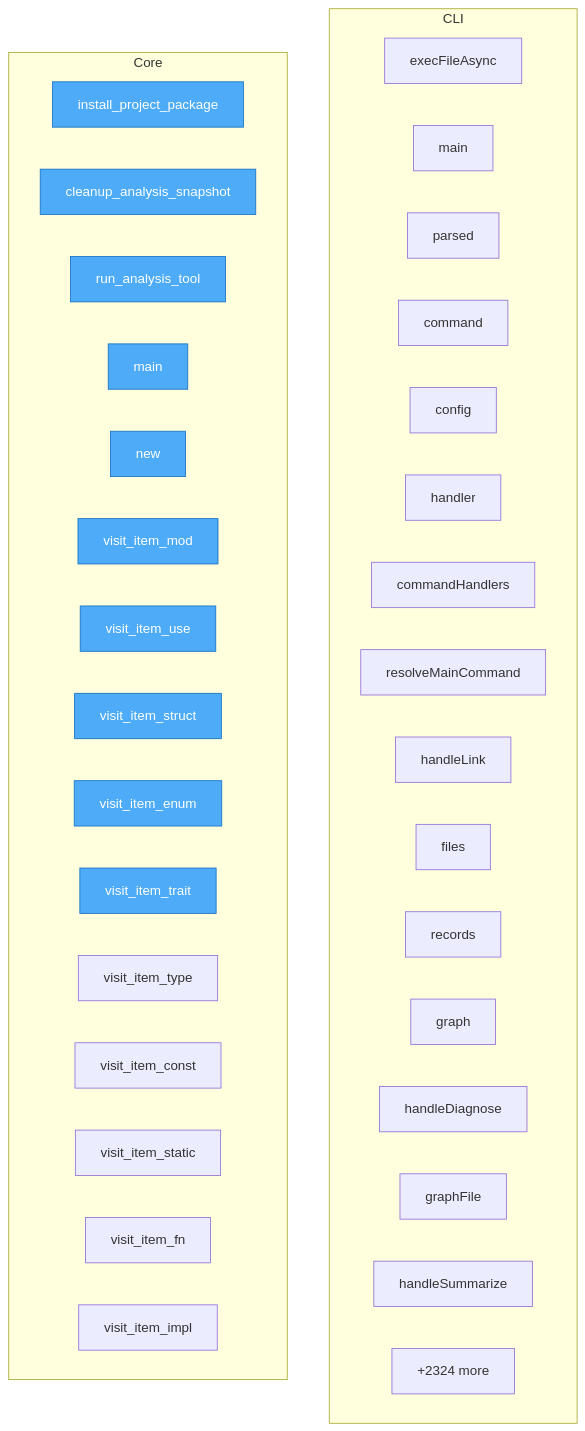
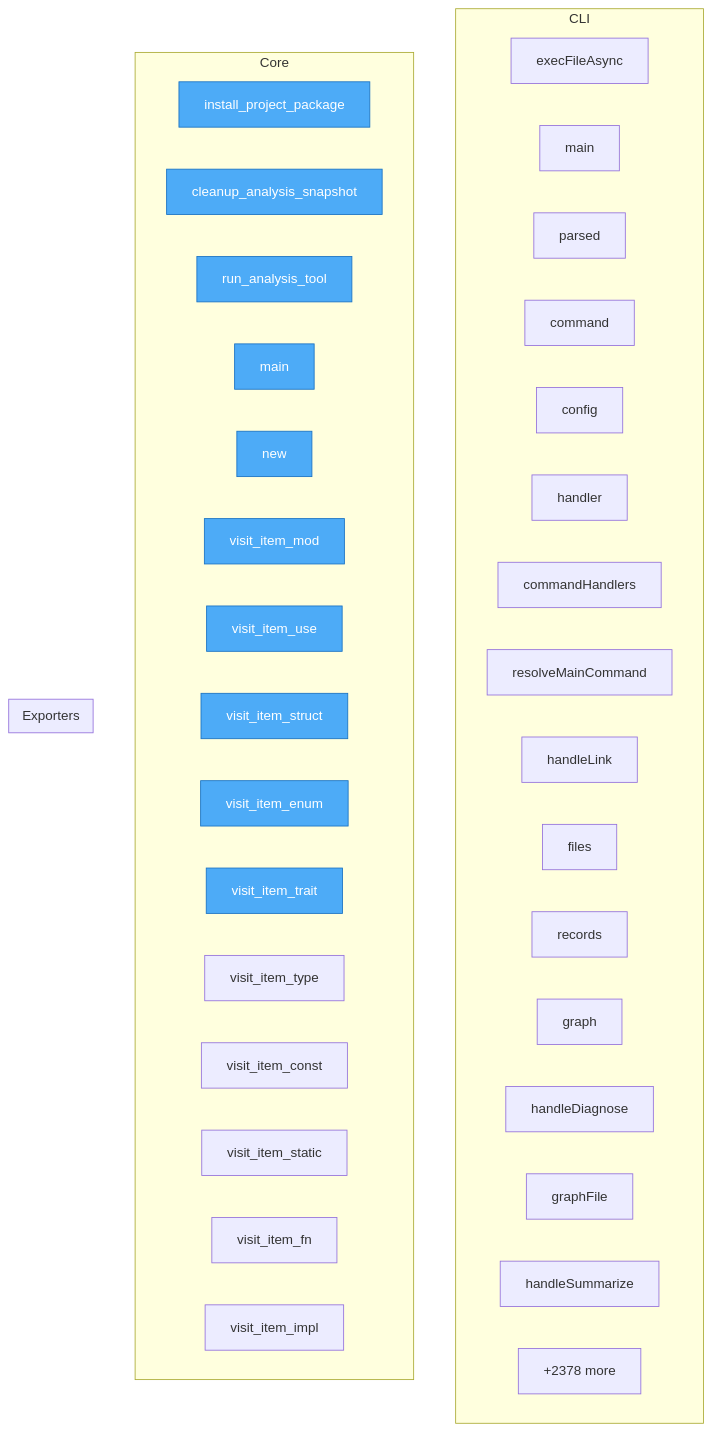
One commit to autogrammar/todo2code changed the diagram in project/flow.mmd. Above: the diagram before and after it, drawn with Mermaid. The commit also changed 42 other files, not shown here.

```diff
--- a/project/flow.mmd
+++ b/project/flow.mmd
@@ -1,45 +1,48 @@
 flowchart TD
 %% generated in 0.04s
 
     %% Entry points (blue)
     classDef entry fill:#4dabf7,stroke:#1971c2,color:#fff
 
     subgraph CLI
         src__cli__execFileAsync["execFileAsync"]
         src__cli__main["main"]
         src__cli__parsed["parsed"]
         src__cli__command["command"]
         src__cli__config["config"]
         src__cli__handler["handler"]
         src__cli__commandHandlers["commandHandlers"]
         src__cli__resolveMainCommand["resolveMainCommand"]
         src__cli__handleLink["handleLink"]
         src__cli__files["files"]
         src__cli__records["records"]
         src__cli__graph["graph"]
         src__cli__handleDiagnose["handleDiagnose"]
         src__cli__graphFile["graphFile"]
         src__cli__handleSummarize["handleSummarize"]
-        ...["+103 more"]
+        ...["+109 more"]
     end
 
     subgraph Core
         project__install_project_package["install_project_package"]
         project__cleanup_analysis_snapshot["cleanup_analysis_snapshot"]
         project__run_analysis_tool["run_analysis_tool"]
         rust_ast__src__main__main["main"]
         rust_ast__src__main__new["new"]
         rust_ast__src__main__visit_item_mod["visit_item_mod"]
         rust_ast__src__main__visit_item_use["visit_item_use"]
         rust_ast__src__main__visit_item_struct["visit_item_struct"]
         rust_ast__src__main__visit_item_enum["visit_item_enum"]
         rust_ast__src__main__visit_item_trait["visit_item_trait"]
         rust_ast__src__main__visit_item_type["visit_item_type"]
         rust_ast__src__main__visit_item_const["visit_item_const"]
         rust_ast__src__main__visit_item_static["visit_item_static"]
         rust_ast__src__main__visit_item_fn["visit_item_fn"]
         rust_ast__src__main__visit_item_impl["visit_item_impl"]
-        ...["+2324 more"]
+        ...["+2378 more"]
+    end
+
+    subgraph Exporters
     end
 
     class project__install_project_package,project__cleanup_analysis_snapshot,project__run_analysis_tool,rust_ast__src__main__main,rust_ast__src__main__new,rust_ast__src__main__visit_item_mod,rust_ast__src__main__visit_item_use,rust_ast__src__main__visit_item_struct,rust_ast__src__main__visit_item_enum,rust_ast__src__main__visit_item_trait entry
```
